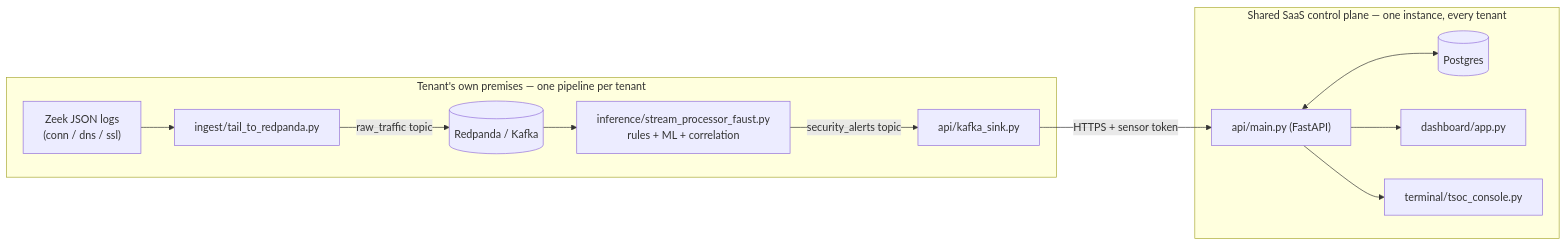
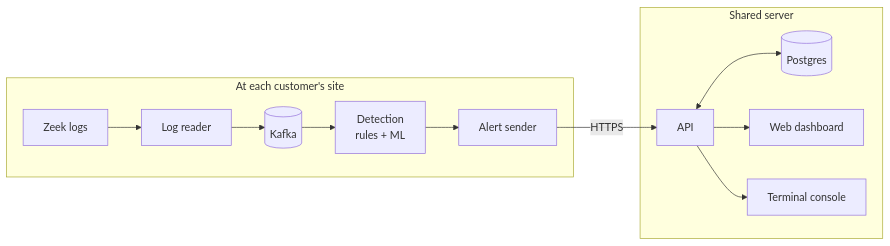
One commit to chakri192/NeuralSOC changed the diagram in README.md. Above: the diagram before and after it, drawn with Mermaid. The commit also changed other lines of this file, not shown here.

````diff
--- a/README.md
+++ b/README.md
@@ -25,15 +11,15 @@
 ```mermaid
 flowchart LR
-    subgraph tenant["Tenant's own premises — one pipeline per tenant"]
-        zeek["Zeek JSON logs<br/>(conn / dns / ssl)"] --> tail["ingest/tail_to_redpanda.py"]
-        tail -->|"raw_traffic topic"| kafka[("Redpanda / Kafka")]
-        kafka --> faust["inference/stream_processor_faust.py<br/>rules + ML + correlation"]
-        faust -->|"security_alerts topic"| sink["api/kafka_sink.py"]
+    subgraph site["At each customer's site"]
+        zeek["Zeek logs"] --> tail["Log reader"]
+        tail --> kafka[("Kafka")]
+        kafka --> detect["Detection<br/>rules + ML"]
+        detect --> sink["Alert sender"]
     end
-    subgraph cloud["Shared SaaS control plane — one instance, every tenant"]
-        sink -->|"HTTPS + sensor token"| api["api/main.py (FastAPI)"]
+    subgraph cloud["Shared server"]
+        sink -->|HTTPS| api["API"]
         api <--> db[("Postgres")]
-        api --> dash["dashboard/app.py"]
-        api --> term["terminal/tsoc_console.py"]
+        api --> dash["Web dashboard"]
+        api --> term["Terminal console"]
     end
 ```
````
